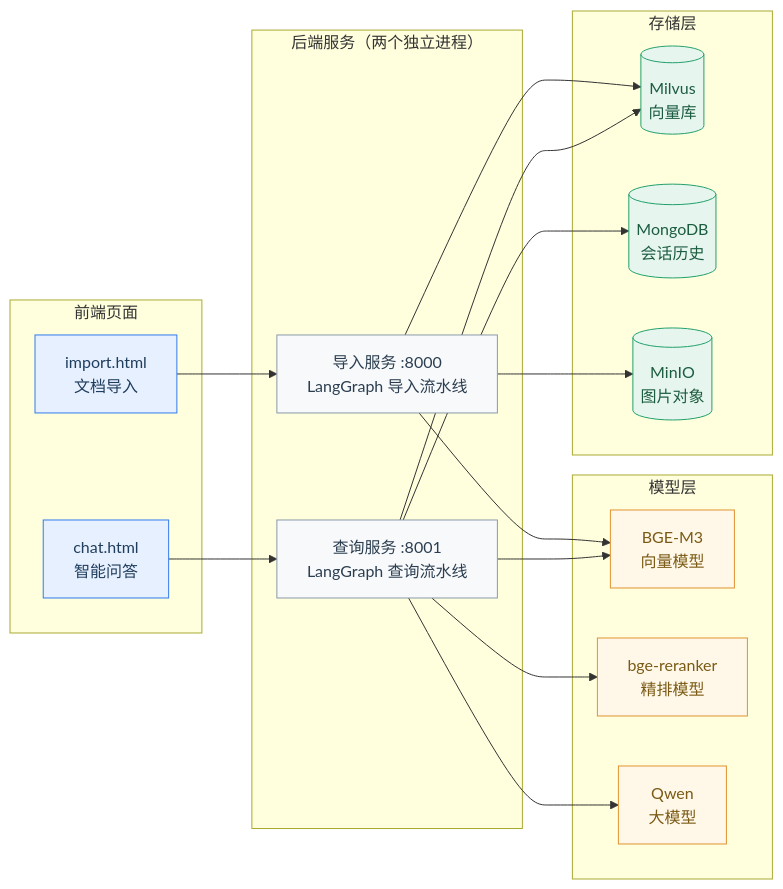
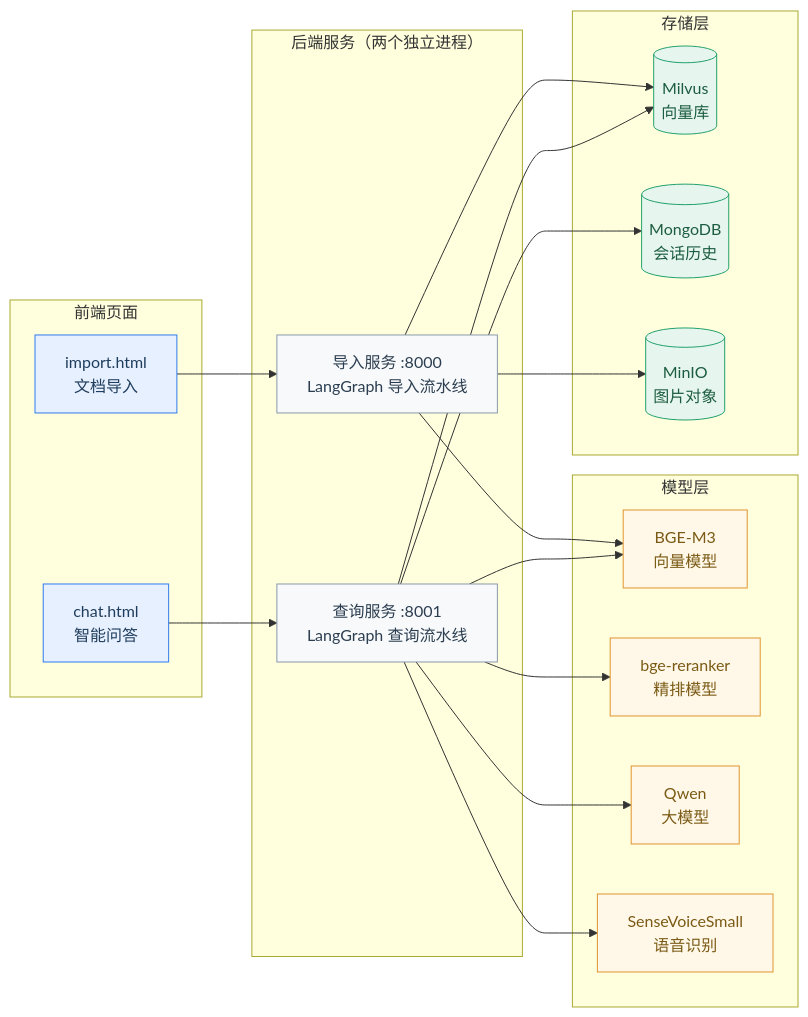
Before and after one commit to oldhan-Dot/parenting-kb: the first of 3 diagrams in README.md, drawn with Mermaid. The commit also changed other lines of this file and 3 other files, not shown here.

````diff
--- a/README.md
+++ b/README.md
@@ -74,45 +79,47 @@
 ```mermaid
 flowchart LR
     subgraph client["前端页面"]
         P1["import.html<br/>文档导入"]
         P2["chat.html<br/>智能问答"]
     end
 
     subgraph svc["后端服务（两个独立进程）"]
         S1["导入服务 :8000<br/>LangGraph 导入流水线"]
         S2["查询服务 :8001<br/>LangGraph 查询流水线"]
     end
 
     subgraph store["存储层"]
         M1[("Milvus<br/>向量库")]
         M2[("MongoDB<br/>会话历史")]
         M3[("MinIO<br/>图片对象")]
     end
 
     subgraph model["模型层"]
         E1["BGE-M3<br/>向量模型"]
         E2["bge-reranker<br/>精排模型"]
         E3["Qwen<br/>大模型"]
+        E4["SenseVoiceSmall<br/>语音识别"]
     end
 
     P1 --> S1
     P2 --> S2
     S1 --> E1
     S1 --> M1
     S1 --> M3
     S2 --> E1
     S2 --> E2
     S2 --> E3
     S2 --> M1
     S2 --> M2
+    S2 --> E4
 
     classDef page fill:#e7f0ff,stroke:#2f7aed,color:#1f3d5c
     classDef service fill:#f7f9fb,stroke:#8a99a8,color:#2c3e50
     classDef db fill:#e6f6ef,stroke:#22a06b,color:#1c5c40
     classDef mdl fill:#fff8e8,stroke:#e0932f,color:#7a5a14
 
     class P1,P2 page
     class S1,S2 service
     class M1,M2,M3 db
-    class E1,E2,E3 mdl
+    class E1,E2,E3,E4 mdl
 ```
````
